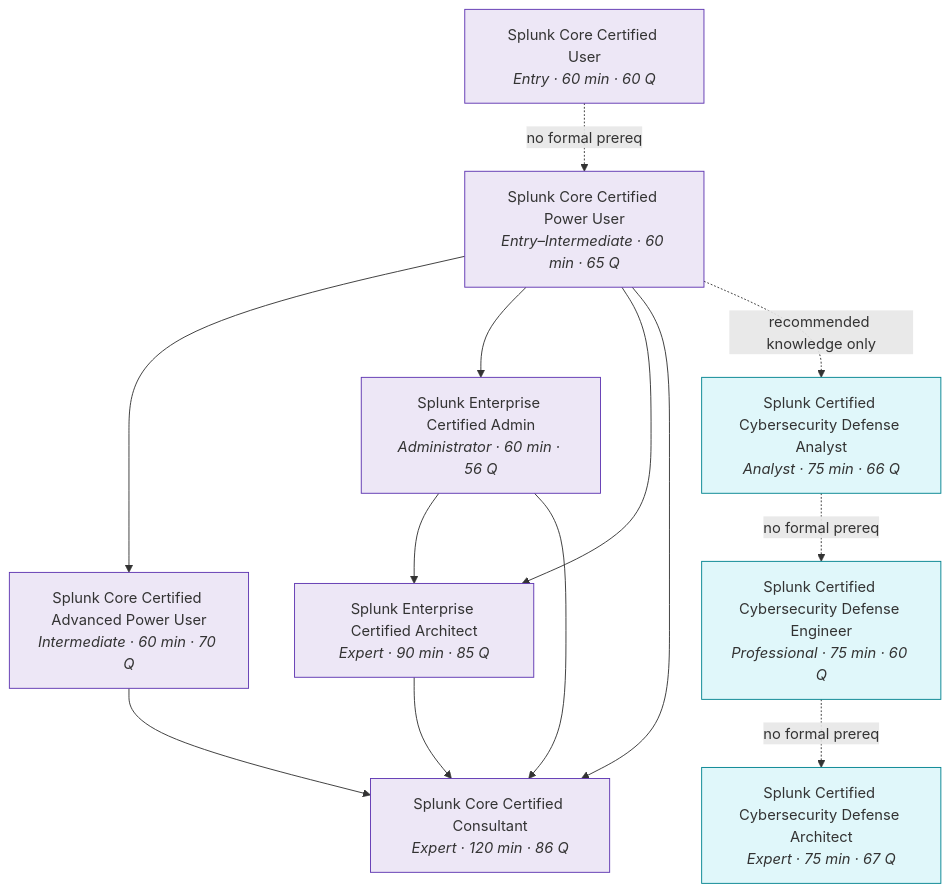
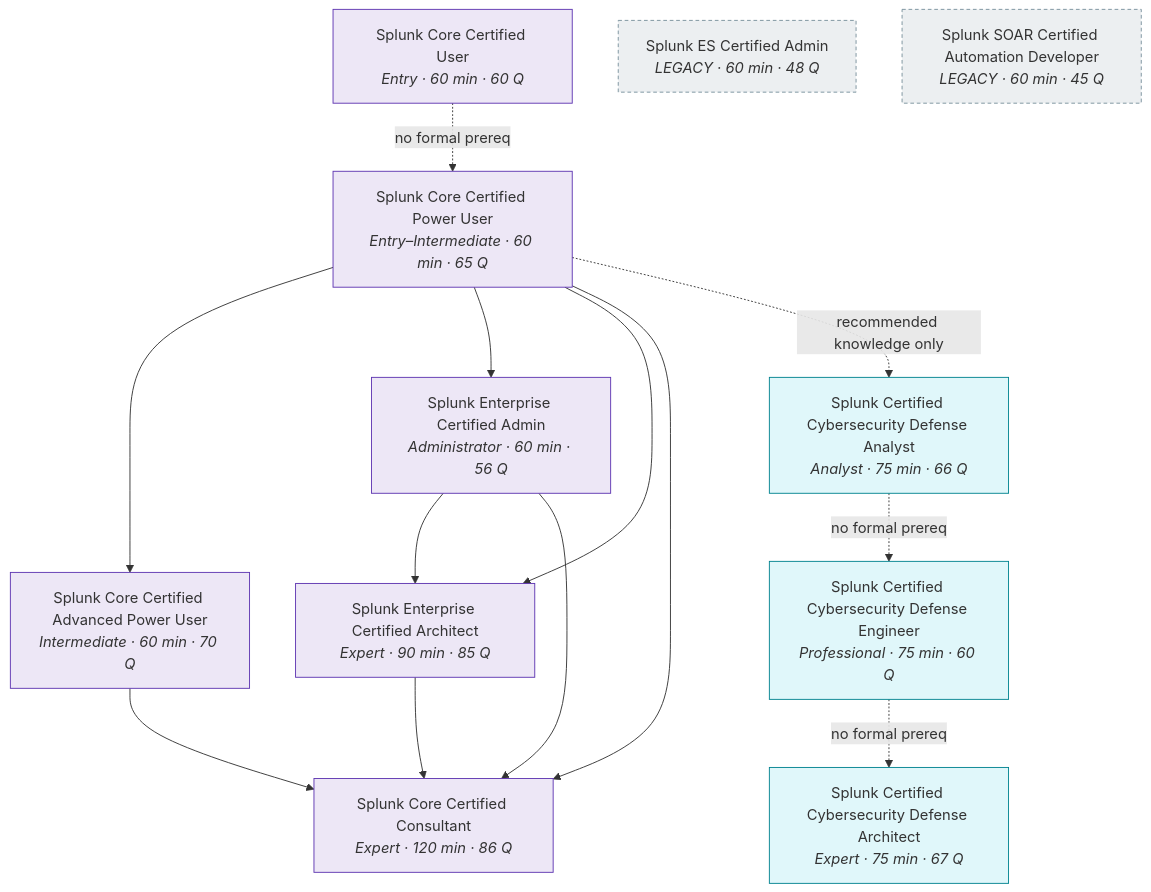
One commit to dev-nobytes-io/Open-source-cybersecurity-degree-australia- changed the diagram in docs/modules/splunk/index.md. Above: the diagram before and after it, drawn with Mermaid. The commit also changed other lines of this file and 10 other files, not shown here.

````diff
--- a/docs/modules/splunk/index.md
+++ b/docs/modules/splunk/index.md
@@ -99,30 +99,35 @@
 ```mermaid
 graph TD
     CU["Splunk Core Certified User<br/><i>Entry · 60 min · 60 Q</i>"]
     PU["Splunk Core Certified Power User<br/><i>Entry–Intermediate · 60 min · 65 Q</i>"]
     APU["Splunk Core Certified Advanced Power User<br/><i>Intermediate · 60 min · 70 Q</i>"]
     EA["Splunk Enterprise Certified Admin<br/><i>Administrator · 60 min · 56 Q</i>"]
     ARCH["Splunk Enterprise Certified Architect<br/><i>Expert · 90 min · 85 Q</i>"]
     CONS["Splunk Core Certified Consultant<br/><i>Expert · 120 min · 86 Q</i>"]
     CDA["Splunk Certified Cybersecurity Defense Analyst<br/><i>Analyst · 75 min · 66 Q</i>"]
     CDE["Splunk Certified Cybersecurity Defense Engineer<br/><i>Professional · 75 min · 60 Q</i>"]
     CDARCH["Splunk Certified Cybersecurity Defense Architect<br/><i>Expert · 75 min · 67 Q</i>"]
 
     CU -.->|no formal prereq| PU
     PU --> APU
     PU --> EA
     EA --> ARCH
     PU --> ARCH
     ARCH --> CONS
     APU --> CONS
     EA --> CONS
     PU --> CONS
     PU -.->|recommended knowledge only| CDA
     CDA -.->|no formal prereq| CDE
     CDE -.->|no formal prereq| CDARCH
 
+    ESADM["Splunk ES Certified Admin<br/><i>LEGACY · 60 min · 48 Q</i>"]
+    SOARDEV["Splunk SOAR Certified Automation Developer<br/><i>LEGACY · 60 min · 45 Q</i>"]
+
     classDef platform fill:#ede7f6,stroke:#5e35b1
     classDef security fill:#e0f7fa,stroke:#00838f
+    classDef legacy fill:#eceff1,stroke:#78909c,stroke-dasharray: 4 3
     class CU,PU,APU,EA,ARCH,CONS platform
     class CDA,CDE,CDARCH security
+    class ESADM,SOARDEV legacy
 ```
````
